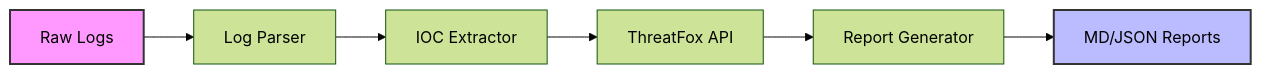
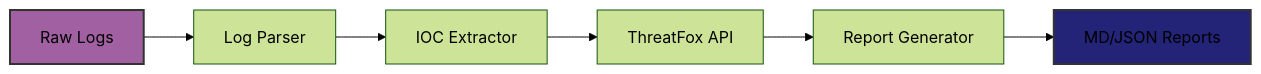
The first of 2 diagrams in README.md (Ashutosh-Yadav-256/TriageOps-Open-Source-SOAR-Detection-Pipeline), drawn with Mermaid (forest theme) before and after one commit. The commit also changed other lines of this file, not shown here.

````diff
--- a/README.md
+++ b/README.md
@@ -11,11 +11,11 @@
 ```mermaid
 graph LR
     A[Raw Logs] --> B[Log Parser]
     B --> C[IOC Extractor]
     C --> D[ThreatFox API]
     D --> E[Report Generator]
     E --> F[MD/JSON Reports]
 
-    style A fill:#f9f,stroke:#333,stroke-width:2px
-    style F fill:#bbf,stroke:#333,stroke-width:2px
+    style A fill:#a160a1,stroke:#333,stroke-width:2px
+    style F fill:#232378,stroke:#333,stroke-width:2px
 ```
````
